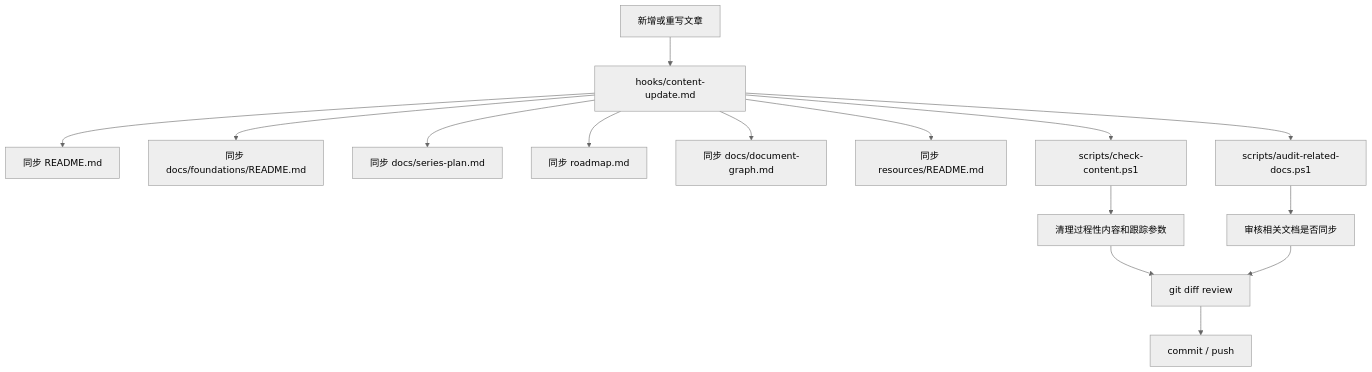
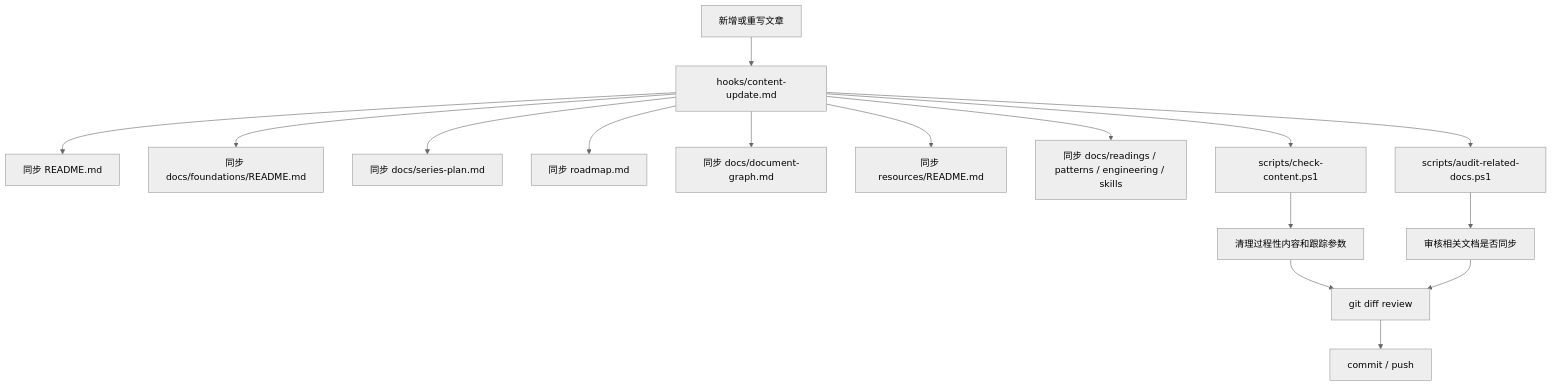
One commit to pittosporum-seu/Learning_Agent changed the third of 3 diagrams in docs/document-graph.md. Above: the diagram before and after it, drawn with Mermaid (neutral theme). The commit also changed other lines of this file and 11 other files, not shown here.

````diff
--- a/docs/document-graph.md
+++ b/docs/document-graph.md
@@ -61,20 +72,21 @@
 ```mermaid
 flowchart TD
     A["新增或重写文章"] --> B["hooks/content-update.md"]
     B --> C["同步 README.md"]
     B --> D["同步 docs/foundations/README.md"]
     B --> E["同步 docs/series-plan.md"]
     B --> F["同步 roadmap.md"]
     B --> G["同步 docs/document-graph.md"]
     B --> H["同步 resources/README.md"]
+    B --> O["同步 docs/readings / patterns / engineering / skills"]
 
     B --> I["scripts/check-content.ps1"]
     B --> J["scripts/audit-related-docs.ps1"]
 
     I --> K["清理过程性内容和跟踪参数"]
     J --> L["审核相关文档是否同步"]
 
     K --> M["git diff review"]
     L --> M
     M --> N["commit / push"]
 ```
````
